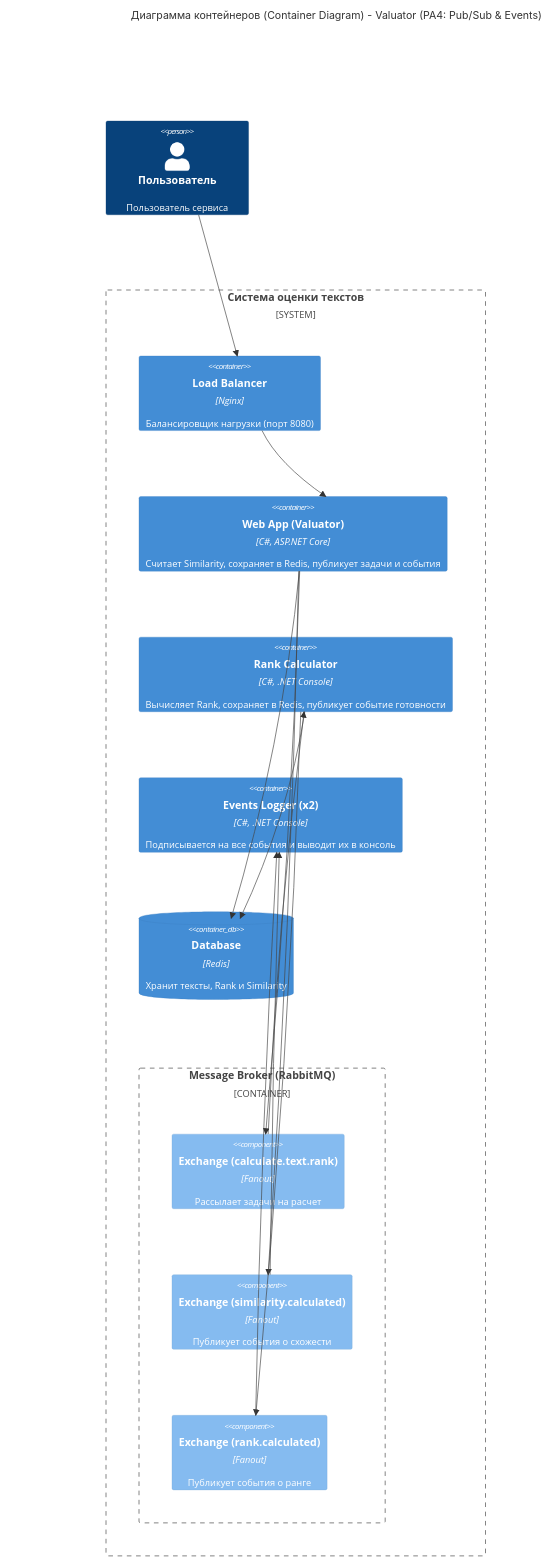
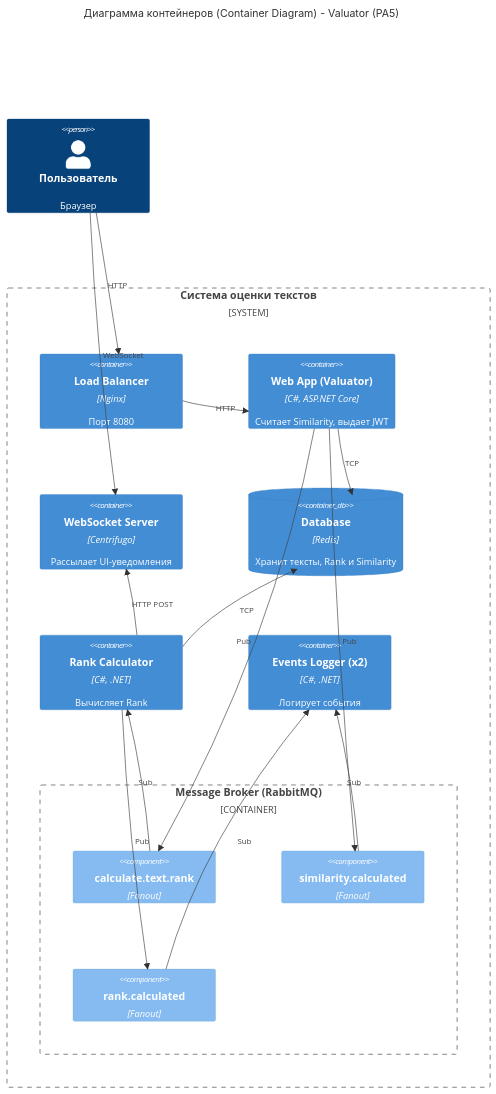
The diagram in Docs.md (NikitaDudinov/ds-2026-labs), drawn with Mermaid before and after one commit. The commit also changed 13 other files, not shown here.

````diff
--- a/Docs.md
+++ b/Docs.md
@@ -1,38 +1,47 @@
 ```mermaid
 C4Container
-    title Диаграмма контейнеров (Container Diagram) - Valuator (PA4: Pub/Sub & Events)
+    title Диаграмма контейнеров (Container Diagram) - Valuator (PA5)
 
-    Person(user, "Пользователь", "Пользователь сервиса")
+    Person(user, "Пользователь", "Браузер")
     
     System_Boundary(system, "Система оценки текстов") {
-        Container(lb, "Load Balancer", "Nginx", "Балансировщик нагрузки (порт 8080)")
+        Container(lb, "Load Balancer", "Nginx", "Порт 8080")
+        Container(webapp, "Web App (Valuator)", "C#, ASP.NET Core", "Считает Similarity, выдает JWT")
+        Container(centrifugo, "WebSocket Server", "Centrifugo", "Рассылает UI-уведомления")
         
-        Container(webapp, "Web App (Valuator)", "C#, ASP.NET Core", "Считает Similarity, сохраняет в Redis, публикует задачи и события")
+        ContainerDb(db, "Database", "Redis", "Хранит тексты, Rank и Similarity")
+        
+        Container(worker, "Rank Calculator", "C#, .NET", "Вычисляет Rank")
+        Container(logger, "Events Logger (x2)", "C#, .NET", "Логирует события")
         
         Container_Boundary(rabbitmq, "Message Broker (RabbitMQ)") {
-            Component(task_exchange, "Exchange (calculate.text.rank)", "Fanout", "Рассылает задачи на расчет")
-            Component(sim_exchange, "Exchange (similarity.calculated)", "Fanout", "Публикует события о схожести")
-            Component(rank_exchange, "Exchange (rank.calculated)", "Fanout", "Публикует события о ранге")
+            Component(task_exchange, "calculate.text.rank", "Fanout")
+            Component(sim_exchange, "similarity.calculated", "Fanout")
+            Component(rank_exchange, "rank.calculated", "Fanout")
         }
-
-        Container(worker, "Rank Calculator", "C#, .NET Console", "Вычисляет Rank, сохраняет в Redis, публикует событие готовности")
-        
-        Container(logger, "Events Logger (x2)", "C#, .NET Console", "Подписывается на все события и выводит их в консоль")
-        
-        ContainerDb(db, "Database", "Redis", "Хранит тексты, Rank и Similarity")
     }
 
-    Rel(user, lb, "", "")
-    Rel(lb, webapp, "", "")
+    %% Взаимодействие пользователя
+    Rel(user, lb, "HTTP")
+    Rel(user, centrifugo, "WebSocket")
     
-    Rel(webapp, db, "", "")
-    Rel(webapp, task_exchange, "", "")
-    Rel(webapp, sim_exchange, "", "")
+    Rel(lb, webapp, "HTTP")
     
-    Rel(worker, db, "", "")
-    Rel(worker, rank_exchange, "", "")
+    %% Работа с БД (группируем связи к БД)
+    Rel(webapp, db, "TCP")
+    Rel(worker, db, "TCP")
     
-    Rel(sim_exchange, logger, "", "")
-    Rel(rank_exchange, logger, "", "")
-    Rel(task_exchange, worker, "", "")
+    %% Задачи на расчет (поток: Web -> Rabbit -> Worker)
+    Rel(webapp, task_exchange, "Pub")
+    Rel(task_exchange, worker, "Sub")
+    
+    %% Уведомление фронтенда
+    Rel(worker, centrifugo, "HTTP POST")
+    
+    %% События (поток к логгерам)
+    Rel(webapp, sim_exchange, "Pub")
+    Rel(worker, rank_exchange, "Pub")
+    
+    Rel(sim_exchange, logger, "Sub")
+    Rel(rank_exchange, logger, "Sub")
 ```
````
